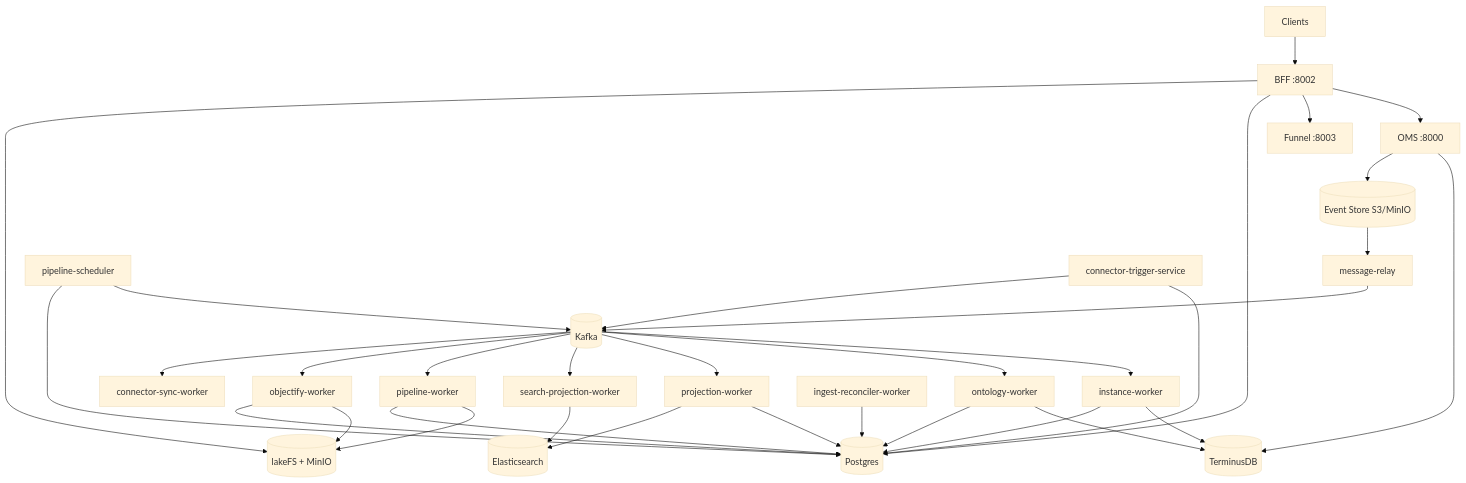
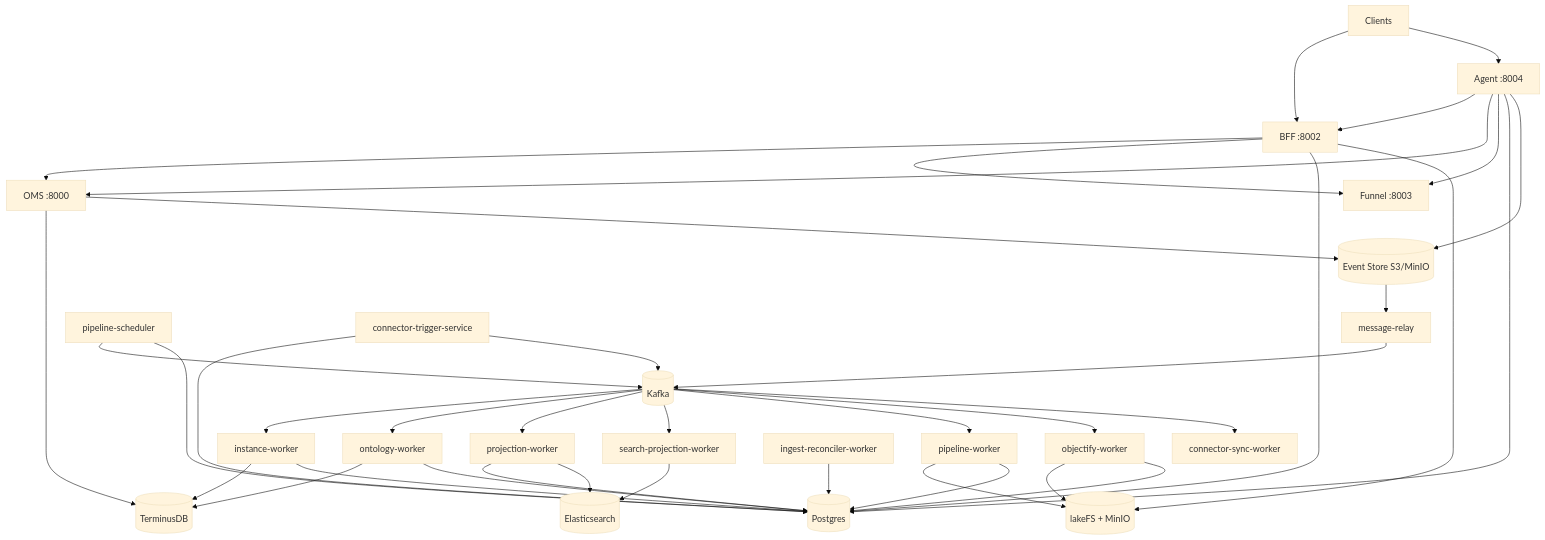
The first of 4 diagrams in docs/architecture/README.md (ludia8888/SPICE-Harvester), drawn with Mermaid (base theme) before and after one commit. The commit also changed other lines of this file and 39 other files, not shown here.

````diff
--- a/docs/architecture/README.md
+++ b/docs/architecture/README.md
@@ -9,41 +9,48 @@
 ```mermaid
 graph TD
   UI[Clients] --> BFF[BFF :8002]
+  UI --> AGENT[Agent :8004]
   BFF --> OMS[OMS :8000]
   BFF --> FUNNEL[Funnel :8003]
   BFF --> PG[(Postgres)]
   BFF --> LFS[(lakeFS + MinIO)]
+
+  AGENT --> BFF
+  AGENT --> OMS
+  AGENT --> FUNNEL
+  AGENT --> PG
+  AGENT --> S3[(Event Store S3/MinIO)]
 
   OMS --> TDB[(TerminusDB)]
   OMS --> S3[(Event Store S3/MinIO)]
 
   S3 --> RELAY[message-relay]
   RELAY --> KAFKA[(Kafka)]
 
   KAFKA --> IW[instance-worker]
   KAFKA --> OW[ontology-worker]
   KAFKA --> PW[projection-worker]
   KAFKA --> SPW[search-projection-worker]
   KAFKA --> PLW[pipeline-worker]
   KAFKA --> OBJ[objectify-worker]
   KAFKA --> CSW[connector-sync-worker]
   PLS[pipeline-scheduler] --> KAFKA
 
   IW --> TDB
   OW --> TDB
   IW --> PG
   OW --> PG
   PW --> PG
   PW --> ES[(Elasticsearch)]
   SPW --> ES
 
   PLW --> LFS
   PLW --> PG
   OBJ --> LFS
   OBJ --> PG
   PLS --> PG
   ING[ingest-reconciler-worker] --> PG
 
   CTS[connector-trigger-service] --> PG
   CTS --> KAFKA
 ```
````
